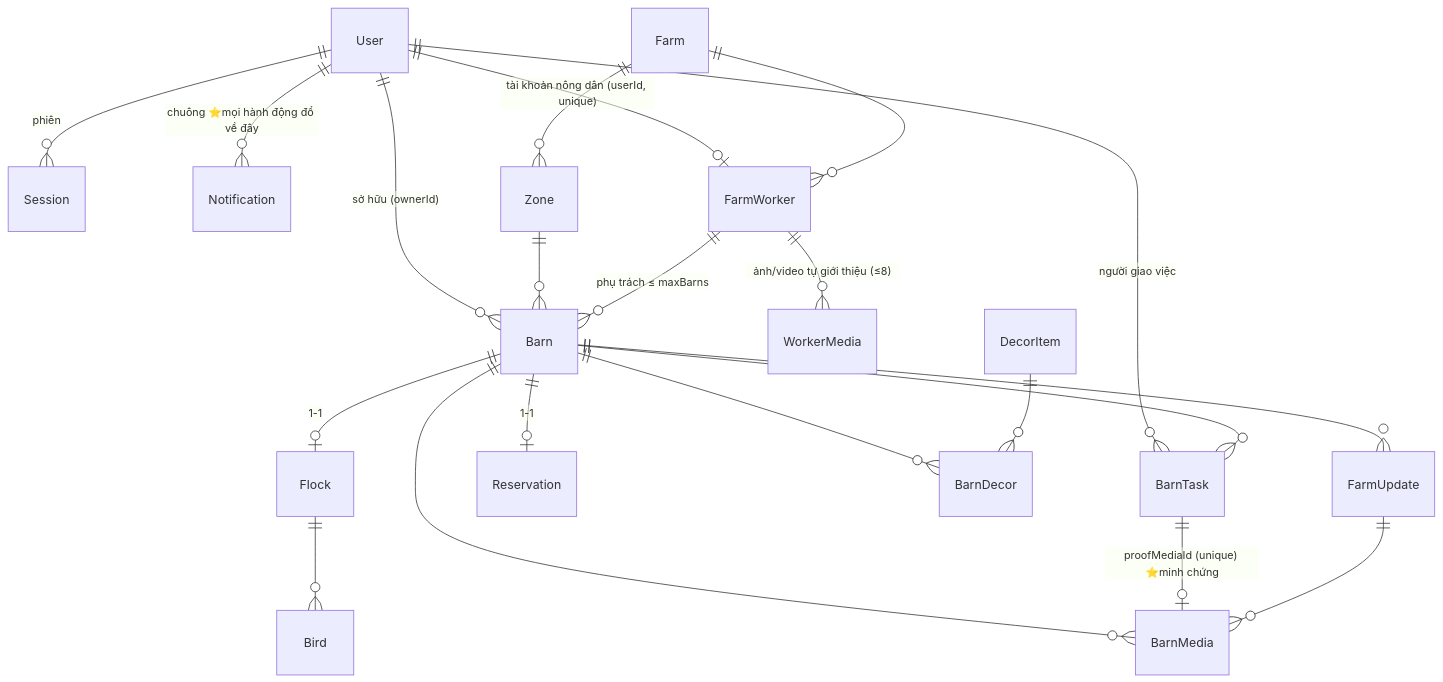
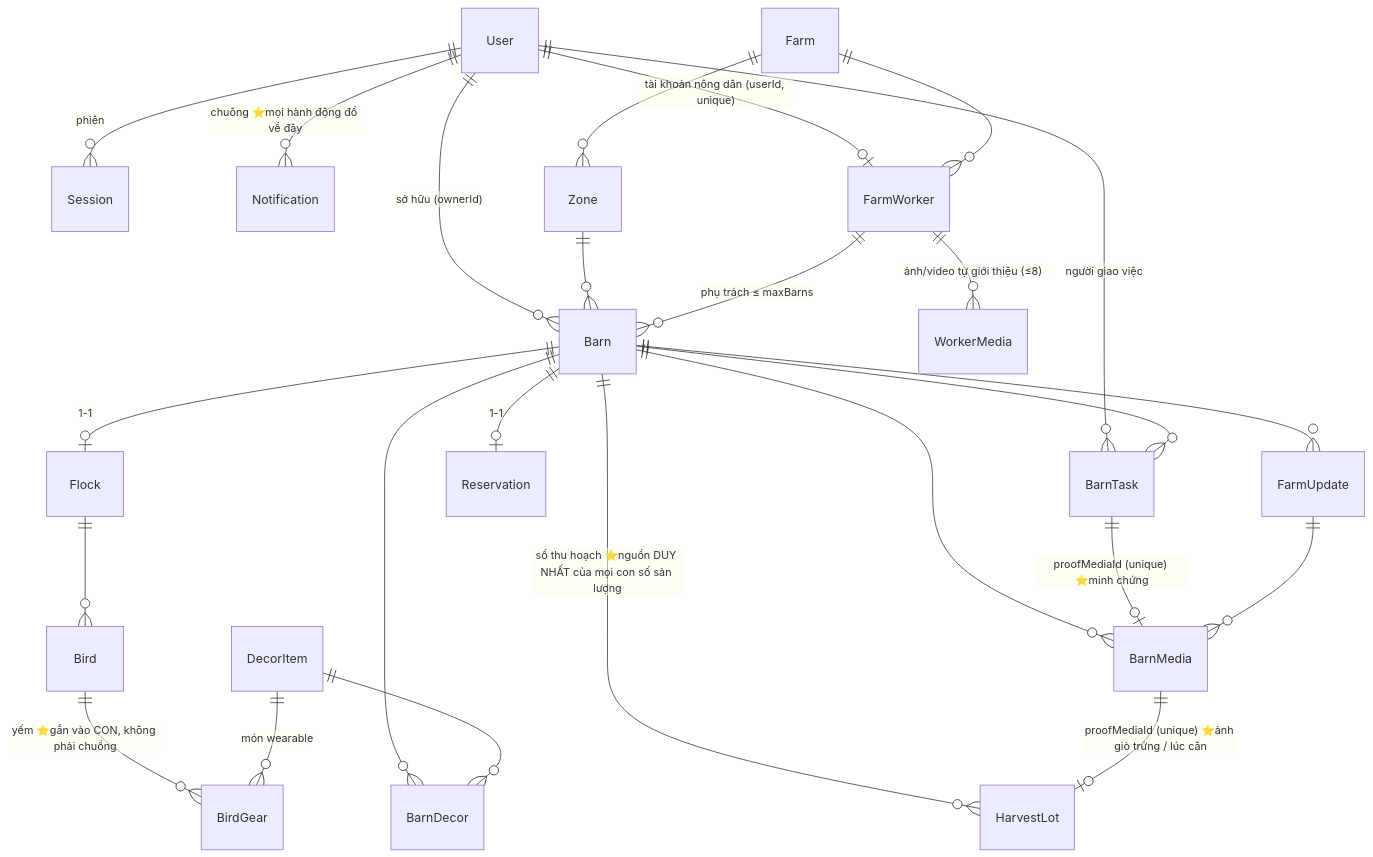
One commit to Thangdo26/ChicChic changed the second of 2 diagrams in CODEMAP.md. Above: the diagram before and after it, drawn with Mermaid. The commit also changed other lines of this file and 42 other files, not shown here.

````diff
--- a/CODEMAP.md
+++ b/CODEMAP.md
@@ -211,23 +228,27 @@
 ```mermaid
 erDiagram
   User ||--o{ Session : "phiên"
   User ||--o{ Notification : "chuông ⭐mọi hành động đổ về đây"
   User ||--o{ Barn : "sở hữu (ownerId)"
   User ||--o| FarmWorker : "tài khoản nông dân (userId, unique)"
   User ||--o{ BarnTask : "người giao việc"
   Farm ||--o{ Zone : ""
   Farm ||--o{ FarmWorker : ""
   Zone ||--o{ Barn : ""
   FarmWorker ||--o{ Barn : "phụ trách ≤ maxBarns"
   FarmWorker ||--o{ WorkerMedia : "ảnh/video tự giới thiệu (≤8)"
   Barn ||--o| Flock : "1-1"
   Barn ||--o| Reservation : "1-1"
   Barn ||--o{ BarnDecor : ""
   Barn ||--o{ FarmUpdate : ""
   Barn ||--o{ BarnMedia : ""
   Barn ||--o{ BarnTask : ""
   Flock ||--o{ Bird : ""
+  Bird ||--o{ BirdGear : "yếm ⭐gắn vào CON, không phải chuồng"
+  DecorItem ||--o{ BirdGear : "món wearable"
+  Barn ||--o{ HarvestLot : "sổ thu hoạch ⭐nguồn DUY NHẤT của mọi con số sản lượng"
+  BarnMedia ||--o| HarvestLot : "proofMediaId (unique) ⭐ảnh giỏ trứng / lúc cân"
   BarnTask ||--o| BarnMedia : "proofMediaId (unique) ⭐minh chứng"
   FarmUpdate ||--o{ BarnMedia : ""
   DecorItem ||--o{ BarnDecor : ""
 ```
````
